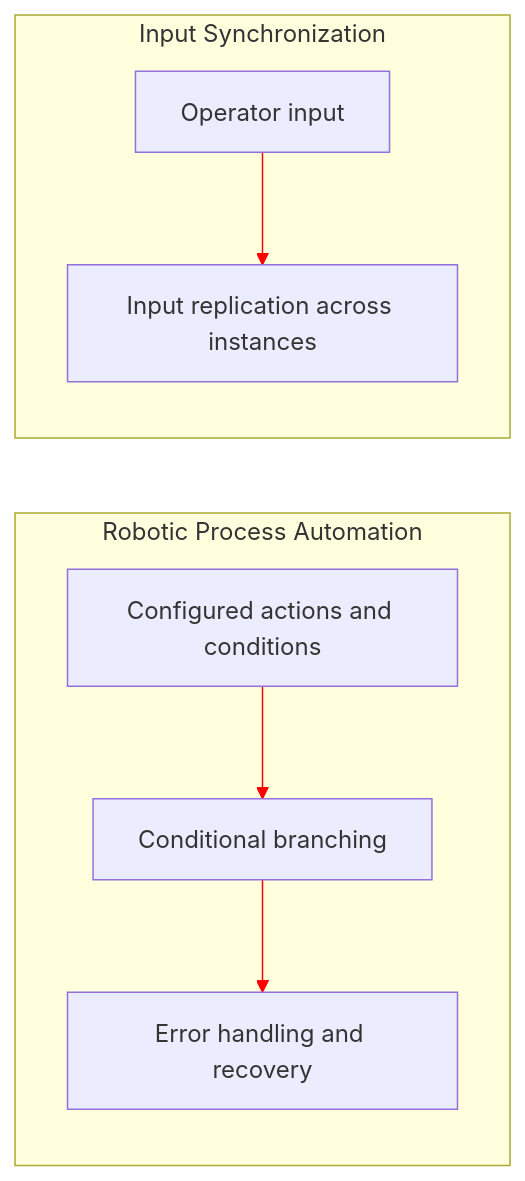
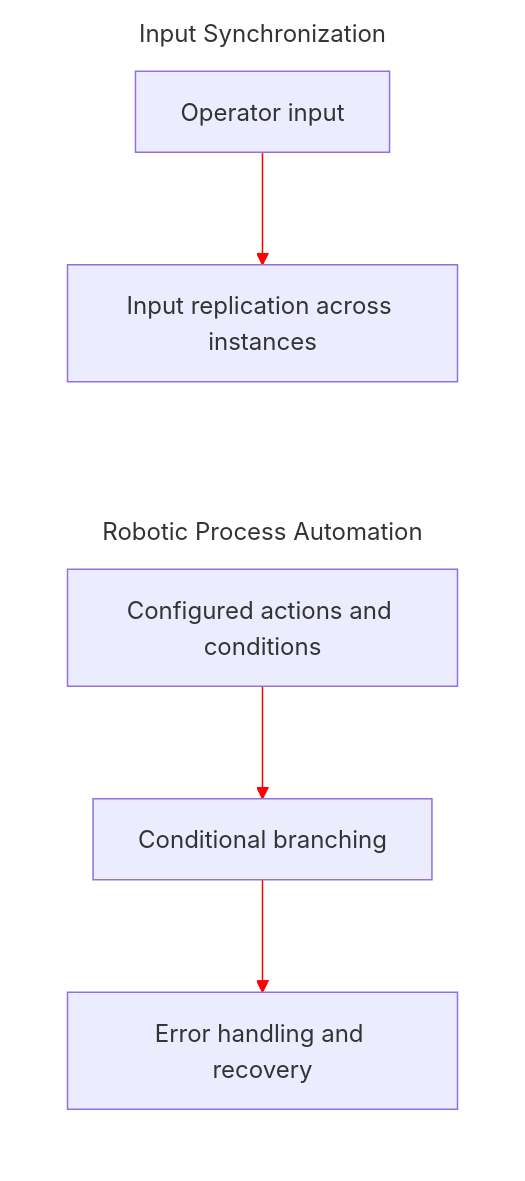
The diagram in README.md (Mindful-AI-Research/3-ai-robotics-intel-agents_cloud-android-rpa), drawn with Mermaid before and after one commit. The commit also changed other lines of this file, not shown here.

Commit message:
Update README.md (#19)

````diff
--- a/README.md
+++ b/README.md
@@ -207,13 +207,15 @@
 ```mermaid
 flowchart LR
     subgraph RPA ["Robotic Process Automation"]
         R1["Configured actions and conditions"] --> R2["Conditional branching"]
         R2 --> R3["Error handling and recovery"]
     end
 
     subgraph SYNC ["Input Synchronization"]
         S1["Operator input"] --> S2["Input replication across instances"]
     end
 
+    style RPA fill:transparent,stroke:none;
+    style SYNC fill:transparent,stroke:none;
     linkStyle default stroke:red;
 ```
````
